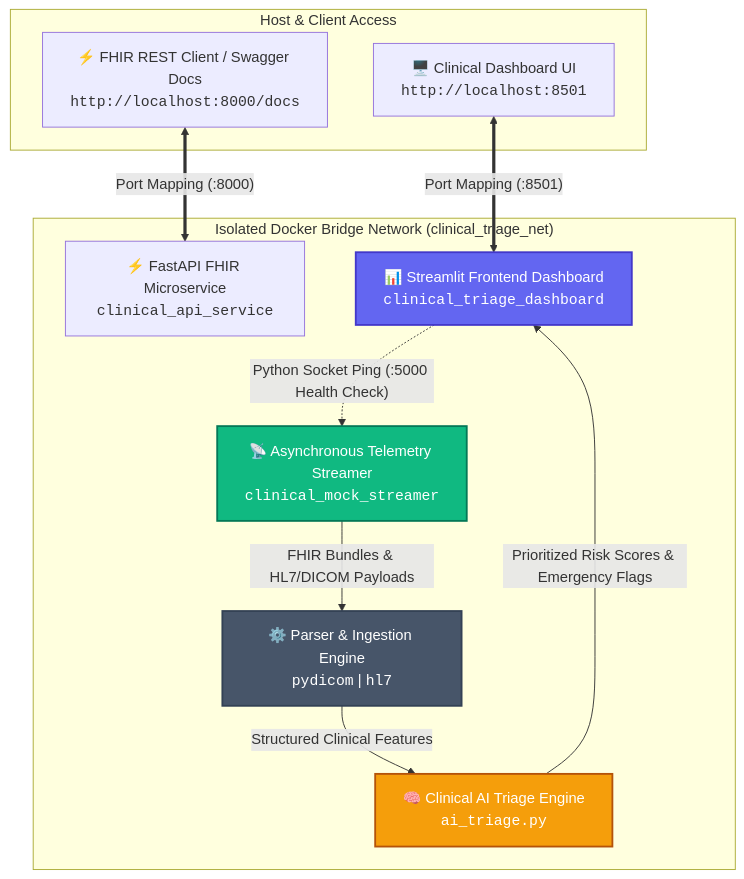
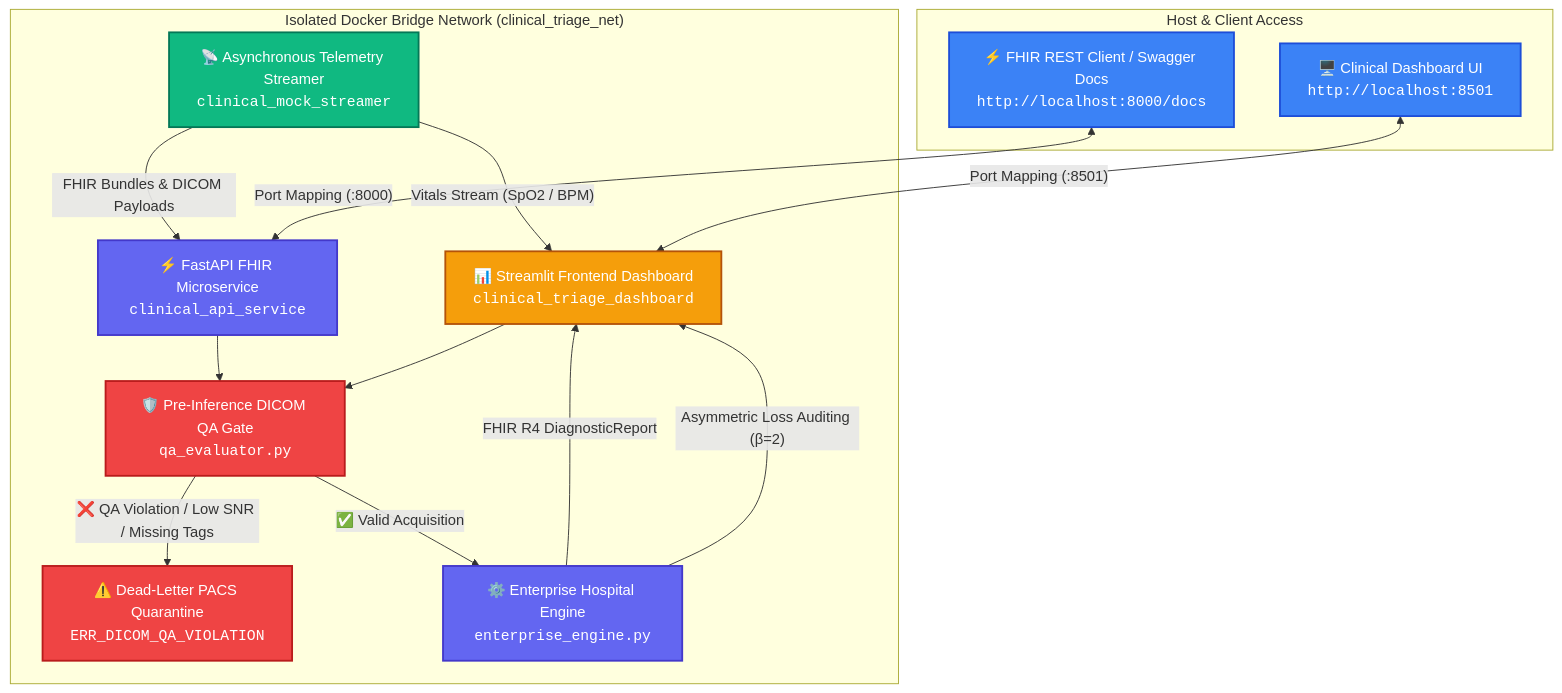
One commit to dammyoguntuyi-ui/Clinical-AI-Triage-Pipeline changed the diagram in README.md. Above: the diagram before and after it, drawn with Mermaid. The commit also changed other lines of this file, not shown here.

Commit message:
docs(readme): update system architecture, DICOM QA gate, and enterprise FHIR engine

````diff
--- a/README.md
+++ b/README.md
@@ -39,35 +32,42 @@
 ```mermaid
 flowchart TD
     subgraph Client["Host & Client Access"]
         BrowserUI["🖥️ Clinical Dashboard UI<br/><code>http://localhost:8501</code>"]
         APIClient["⚡ FHIR REST Client / Swagger Docs<br/><code>http://localhost:8000/docs</code>"]
     end
 
     subgraph Network["Isolated Docker Bridge Network (clinical_triage_net)"]
         Streamer["📡 Asynchronous Telemetry Streamer<br/><code>clinical_mock_streamer</code>"]
         APIService["⚡ FastAPI FHIR Microservice<br/><code>clinical_api_service</code>"]
-        Parser["⚙️ Parser & Ingestion Engine<br/><code>pydicom</code> | <code>hl7</code>"]
-        Engine["🧠 Clinical AI Triage Engine<br/><code>ai_triage.py</code>"]
+        QAGate["🛡️ Pre-Inference DICOM QA Gate<br/><code>qa_evaluator.py</code>"]
+        Quarantine["⚠️ Dead-Letter PACS Quarantine<br/><code>ERR_DICOM_QA_VIOLATION</code>"]
+        Engine["⚙️ Enterprise Hospital Engine<br/><code>enterprise_engine.py</code>"]
         Dashboard["📊 Streamlit Frontend Dashboard<br/><code>clinical_triage_dashboard</code>"]
-
-        Streamer -->|"FHIR Bundles & HL7/DICOM Payloads"| Parser
-        Parser -->|"Structured Clinical Features"| Engine
-        Engine -->|"Prioritized Risk Scores & Emergency Flags"| Dashboard
-        Dashboard -.->|"Python Socket Ping (:5000 Health Check)"| Streamer
     end
 
-    BrowserUI <==>|"Port Mapping (:8501)"| Dashboard
-    APIClient <==>|"Port Mapping (:8000)"| APIService
+    Streamer -->|"Vitals Stream (SpO2 / BPM)"| Dashboard
+    Streamer -->|"FHIR Bundles & DICOM Payloads"| APIService
+    APIService --> QAGate
+    Dashboard --> QAGate
+    
+    QAGate -->|"❌ QA Violation / Low SNR / Missing Tags"| Quarantine
+    QAGate -->|"✅ Valid Acquisition"| Engine
+    
+    Engine -->|"FHIR R4 DiagnosticReport"| Dashboard
+    Engine -->|"Asymmetric Loss Auditing (β=2)"| Dashboard
+
+    BrowserUI <-->|"Port Mapping (:8501)"| Dashboard
+    APIClient <-->|"Port Mapping (:8000)"| APIService
 
     classDef client fill:#3b82f6,stroke:#1d4ed8,stroke-width:2px,color:#fff;
     classDef streamer fill:#10b981,stroke:#047857,stroke-width:2px,color:#fff;
     classDef engine fill:#f59e0b,stroke:#b45309,stroke-width:2px,color:#fff;
     classDef dash fill:#6366f1,stroke:#4338ca,stroke-width:2px,color:#fff;
-    classDef parser fill:#475569,stroke:#334155,stroke-width:2px,color:#fff;
+    classDef qa fill:#ef4444,stroke:#b91c1c,stroke-width:2px,color:#fff;
 
-    class Browser client;
+    class BrowserUI,APIClient client;
     class Streamer streamer;
-    class Parser parser;
-    class Engine engine;
-    class Dashboard dash;
+    class APIService,Engine dash;
+    class QAGate,Quarantine qa;
+    class Dashboard engine;
 ```
````
